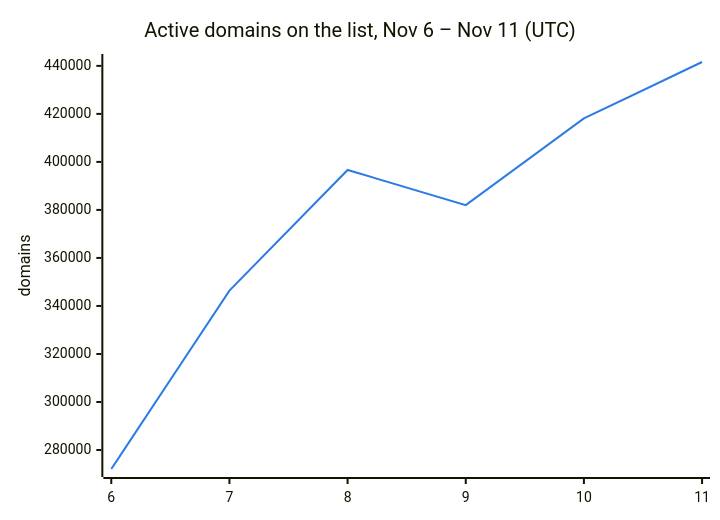
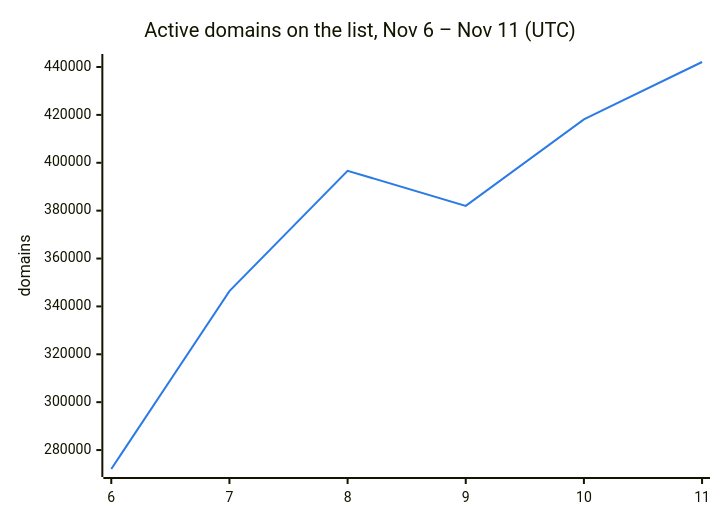
Before and after one commit to DNSBunker/CTI: the second of 3 diagrams in README.md, drawn with Mermaid. The commit also changed other lines of this file and 3 other files, not shown here.

````diff
--- a/README.md
+++ b/README.md
@@ -38,8 +38,8 @@
 ```mermaid
 %%{init: {"themeVariables": {"xyChart": {"plotColorPalette": "#2c7be5"}}}}%%
 xychart-beta
     title "Active domains on the list, Nov 6 – Nov 11 (UTC)"
     x-axis ["6", "7", "8", "9", "10", "11"]
     y-axis "domains"
-    line [272088, 346388, 396638, 382009, 418143, 441613]
+    line [272088, 346388, 396638, 382009, 418143, 442093]
 ```
````
